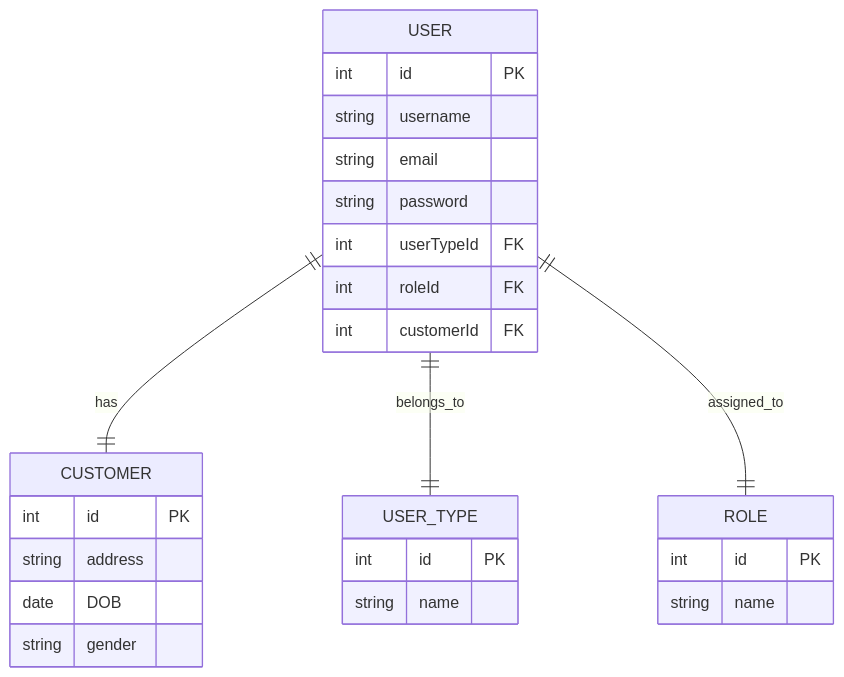
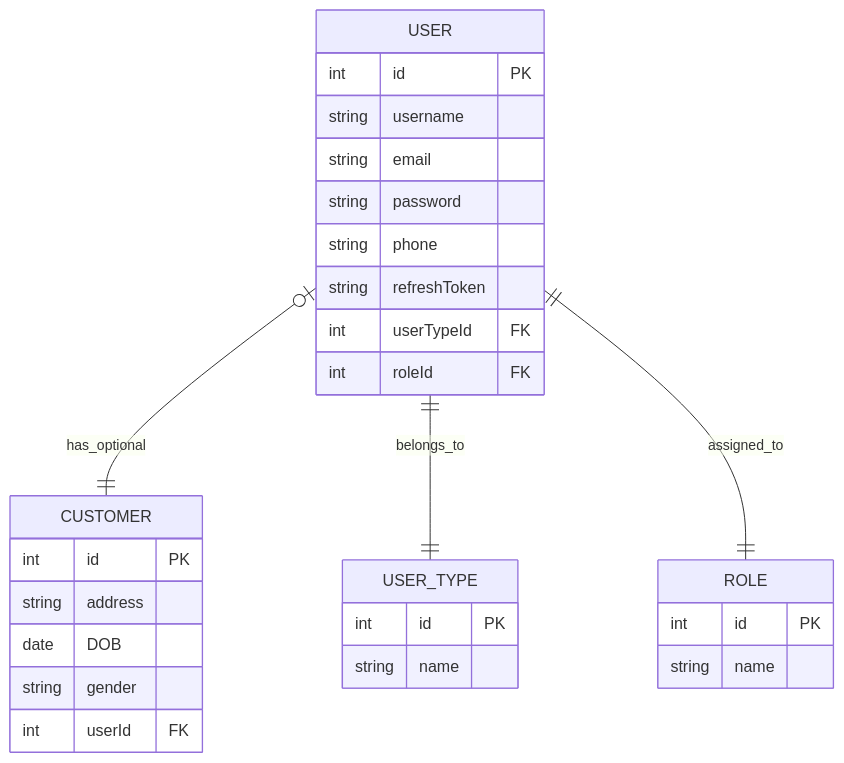
One commit to Radwa-Kelany/Authentication-and-Authorization-in-E-Commerce-Application changed the diagram in README.md. Above: the diagram before and after it, drawn with Mermaid.

Commit message:
Add ERD diagram to README
Added ERD section with user and customer relationships.

````diff
--- a/README.md
+++ b/README.md
@@ -138,35 +138,38 @@
 ```mermaid
 erDiagram
 
     USER {
         int id PK
         string username
         string email
         string password
+        string phone
+        string refreshToken
 
         int userTypeId FK
         int roleId FK
-        int customerId FK
     }
 
     CUSTOMER {
         int id PK
         string address
         date DOB
         string gender
+
+        int userId FK
     }
 
     USER_TYPE {
         int id PK
         string name
     }
 
     ROLE {
         int id PK
         string name
     }
 
-    USER ||--|| CUSTOMER : has
+    USER o|--|| CUSTOMER : has_optional
     USER ||--|| USER_TYPE : belongs_to
     USER ||--|| ROLE : assigned_to
 ```
````
